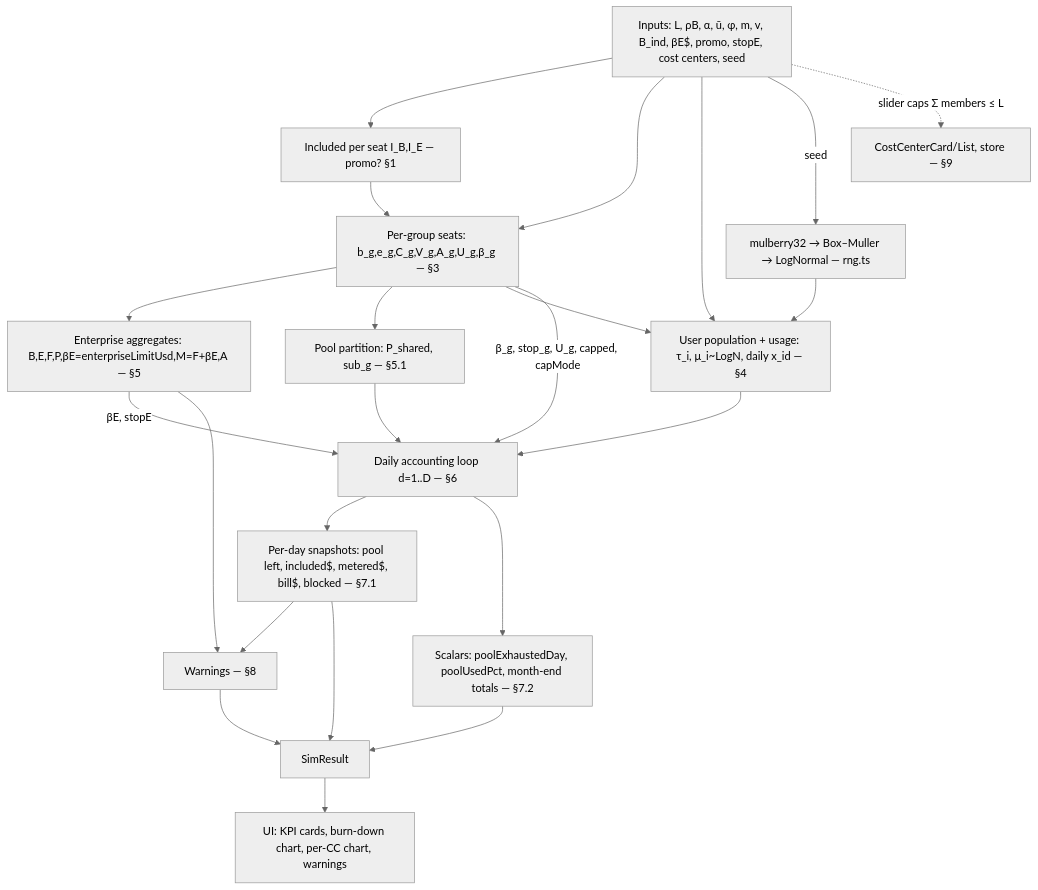
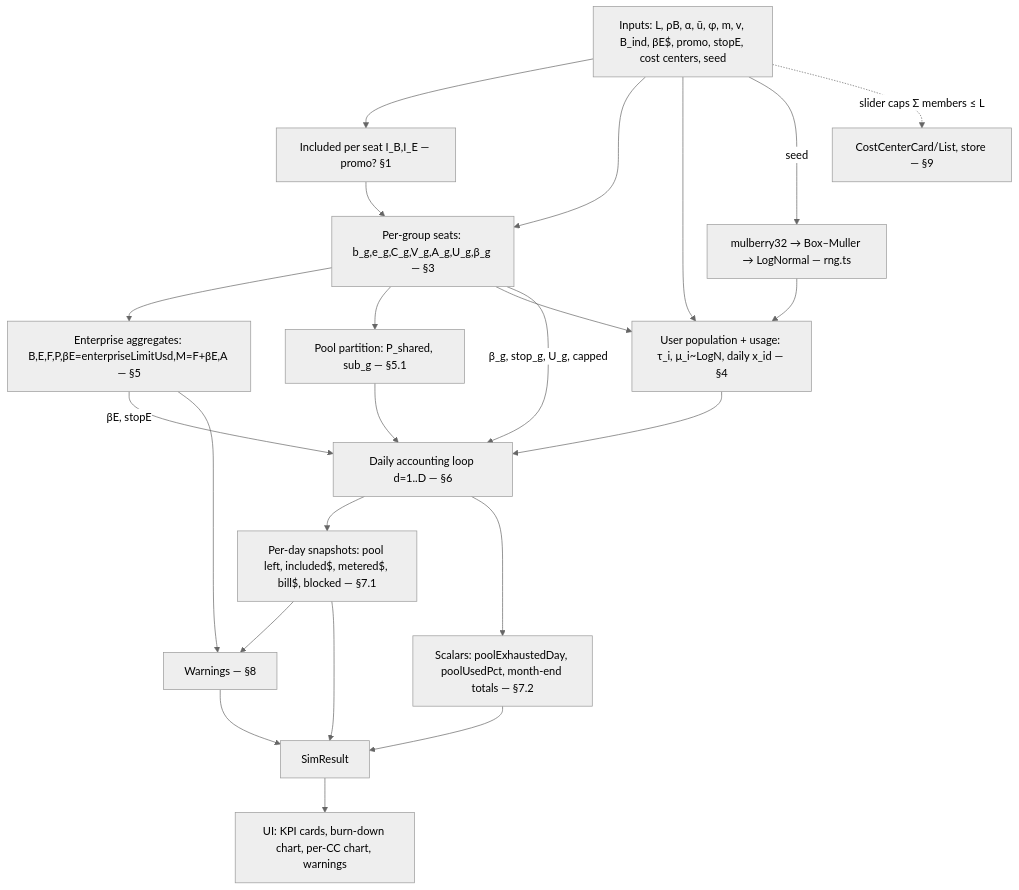
One commit to webmaxru/finops-copilot changed the diagram in docs/simulation-engine.md. Above: the diagram before and after it, drawn with Mermaid (neutral theme). The commit also changed other lines of this file and 9 other files, not shown here.

````diff
--- a/docs/simulation-engine.md
+++ b/docs/simulation-engine.md
@@ -7,32 +7,32 @@
 ```mermaid
 graph TD
   IN[Inputs: L, ρB, α, ū, φ, m, v, B_ind, βE$, promo, stopE, cost centers, seed]
 
   IN --> INCL[Included per seat I_B,I_E — promo? §1]
   IN --> GRP[Per-group seats: b_g,e_g,C_g,V_g,A_g,U_g,β_g — §3]
   INCL --> GRP
 
   GRP --> AGG[Enterprise aggregates: B,E,F,P,βE=enterpriseLimitUsd,M=F+βE,A — §5]
   GRP --> POOL[Pool partition: P_shared, sub_g — §5.1]
 
   IN --> USERS[User population + usage: τ_i, μ_i~LogN, daily x_id — §4]
   GRP --> USERS
   IN -->|seed| RNG[mulberry32 → Box–Muller → LogNormal — rng.ts]
   RNG --> USERS
 
   USERS --> LOOP[Daily accounting loop d=1..D — §6]
   POOL --> LOOP
   AGG -->|βE, stopE| LOOP
-  GRP -->|β_g, stop_g, U_g, capped, capMode| LOOP
+  GRP -->|β_g, stop_g, U_g, capped| LOOP
 
   LOOP --> SNAP[Per-day snapshots: pool left, included$, metered$, bill$, blocked — §7.1]
   LOOP --> SCAL[Scalars: poolExhaustedDay, poolUsedPct, month-end totals — §7.2]
   SNAP --> WARN[Warnings — §8]
   AGG --> WARN
   SNAP --> OUT[SimResult]
   SCAL --> OUT
   WARN --> OUT
 
   OUT --> UI[UI: KPI cards, burn-down chart, per-CC chart, warnings]
   IN -. slider caps Σ members ≤ L .-> UILIM[CostCenterCard/List, store — §9]
 ```
````
